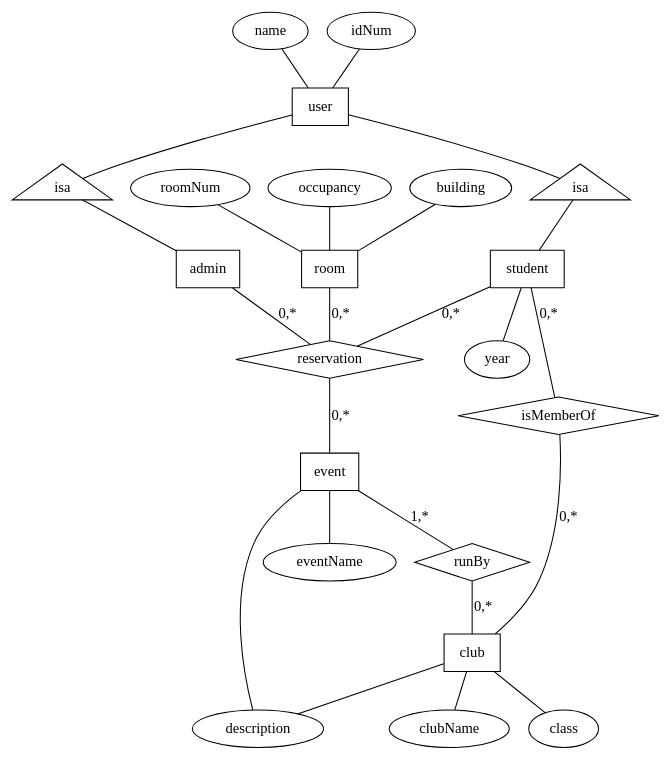
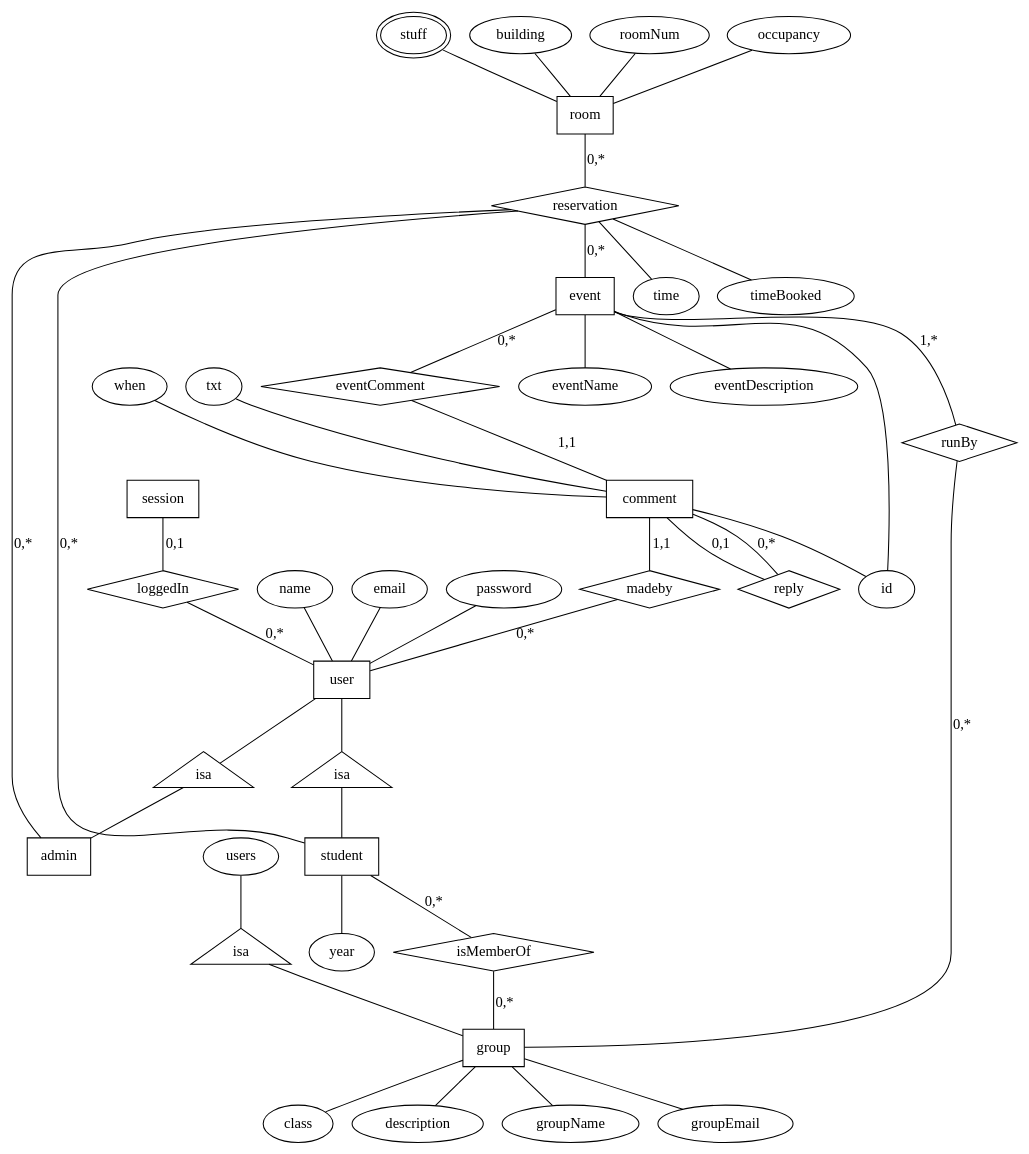
Before and after one commit to AstraLuma/restracker: the diagram in ERmodel.dot, drawn with Graphviz. The commit also changed 1 other file, not shown here.

Commit message:
Final ER model and first draft of phase1

```diff
--- a/ERmodel.dot
+++ b/ERmodel.dot
@@ -1,47 +1,75 @@
 graph{
 room [shape=box];
-club [shape=box];
+group [shape=box];
 event [shape=box];
 user [shape=box];
 admin [shape=box];
 student [shape=box];
+session [shape=box];
+comment [shape=box];
 
 isaadmin [shape=triangle,label=isa];
 isastudent [shape=triangle,label=isa];
+isagroup [shape=triangle,label=isa];
 
 isMemberOf [shape=diamond];
 runBy [shape=diamond];
 reservation [shape=diamond]; //make this an entity and relations not one-to-one?
+loggedIn [shape=diamond];
+eventComment [shape=diamond];
+madeby [shape=diamond];
+reply [shape=diamond];
 
+stuff[peripheries=2];
+
+session--loggedIn [label="0,1"];
+loggedIn--user [label="0,*"];
+event--eventComment [label="0,*"];
+eventComment--comment [label="1,1"];
+comment--madeby [label="1,1"];
+madeby--user [label="0,*"];
+comment--reply [label="0,*"];
+reply--comment [label="0,1"];
 
 user--isastudent--student;
 user--isaadmin--admin;
-
+users--isagroup--group;
 student--isMemberOf [label="0,*"];
-isMemberOf--club [label="0,*"];
+isMemberOf--group [label="0,*"];
 
 event--runBy [label="1,*"];
-runBy--club [label="0,*"];
+runBy--group [label="0,*"];
 
 //primary key of reservation is room and time?
 student--reservation [label="0,*"];
 room--reservation [label="0,*"];
 reservation--event [label="0,*"]; //events can be in un-reservable places
 admin--reservation [label="0,*"];
 
 //attributes
 name--user;
-idNum--user;
+email--user; //key
+password--user;
 student--year;
 
-club--class;
-club--description;
-club--clubName;
+group--class;
+group--description;
+group--groupName; //key
+group--groupEmail; 
 
-building--room;
-roomNum--room;
+building--room; //key
+roomNum--room; //key
 occupancy--room;
+stuff--room;
 
 event--eventName;
-event--description;
+event--eventDescription;
+event--id; //key
+
+reservation--time;
+reservation--timeBooked;
+
+when--comment;
+txt--comment;
+comment--id; //key
 }
```
